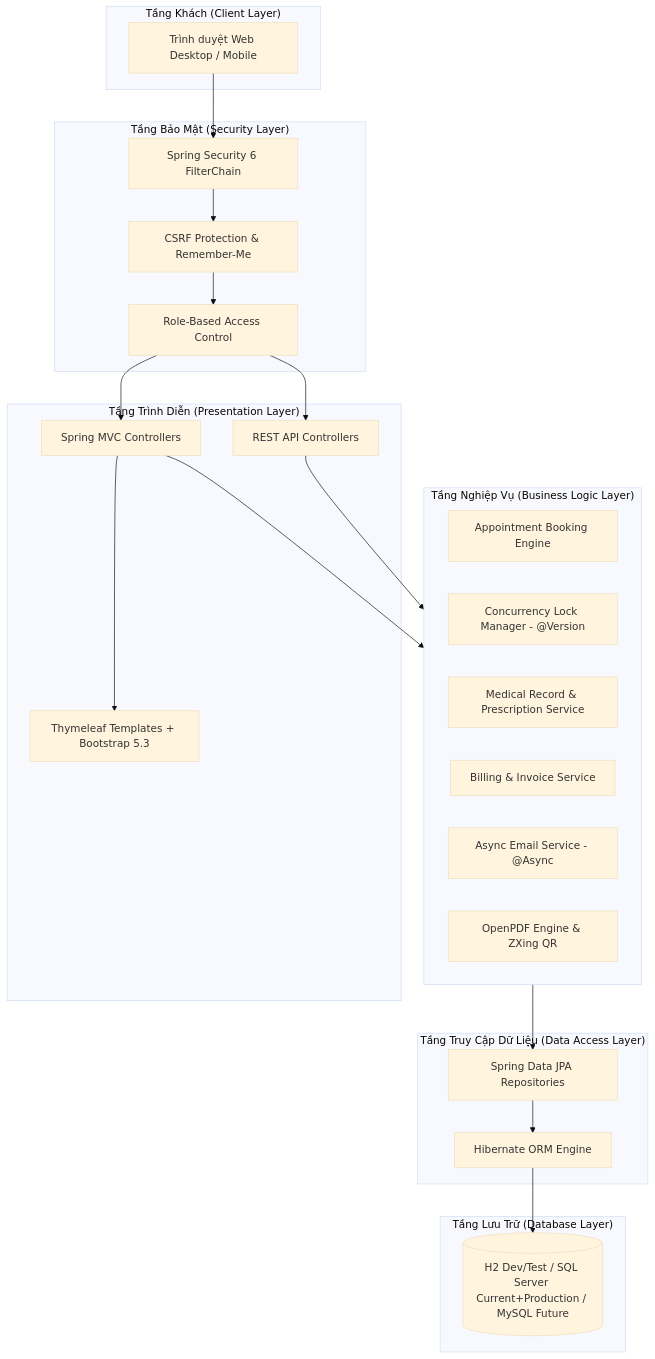
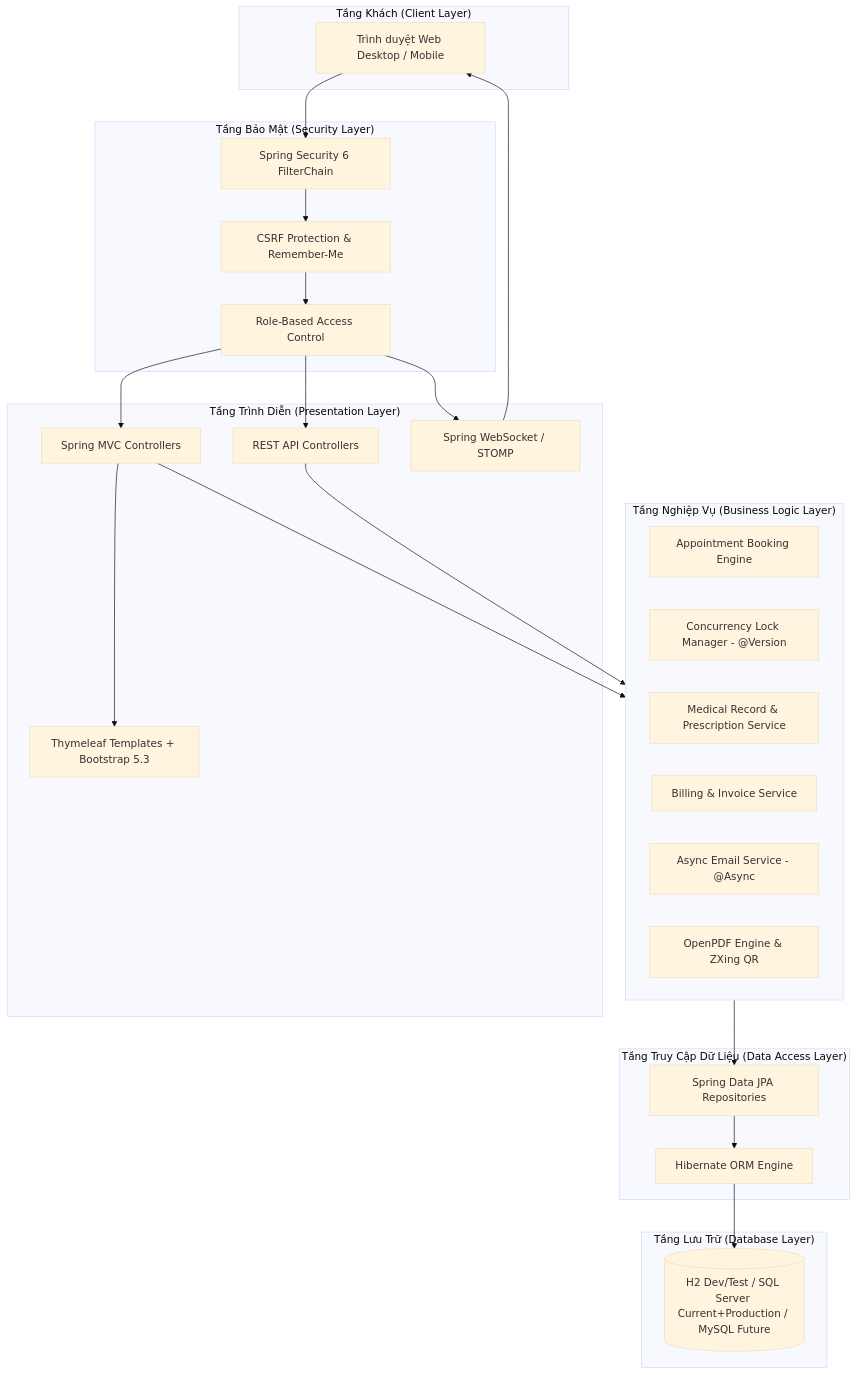
One commit to tranducanhyn99-prog/medclinic-system changed the diagram in docs/05_SYSTEM_ARCHITECTURE.md. Above: the diagram before and after it, drawn with Mermaid (base theme). The commit also changed other lines of this file and 22 other files, not shown here.

First line of the commit message:
feat: bổ sung hàng chờ bác sĩ realtime bằng WebSocket

````diff
--- a/docs/05_SYSTEM_ARCHITECTURE.md
+++ b/docs/05_SYSTEM_ARCHITECTURE.md
@@ -12,48 +12,51 @@
 ```mermaid
 graph TD
     subgraph Client ["Tầng Khách (Client Layer)"]
         Browser[Trình duyệt Web Desktop / Mobile]
     end
 
     subgraph Security ["Tầng Bảo Mật (Security Layer)"]
         Filter[Spring Security 6 FilterChain]
         CSRF[CSRF Protection & Remember-Me]
         RBAC[Role-Based Access Control]
     end
 
     subgraph Web ["Tầng Trình Diễn (Presentation Layer)"]
         Ctrl[Spring MVC Controllers]
         RestCtrl[REST API Controllers]
+        Realtime[Spring WebSocket / STOMP]
         Views[Thymeleaf Templates + Bootstrap 5.3]
     end
 
     subgraph Service ["Tầng Nghiệp Vụ (Business Logic Layer)"]
         AppSvc[Appointment Booking Engine]
         LockMgr[Concurrency Lock Manager - @Version]
         MedSvc[Medical Record & Prescription Service]
         InvSvc[Billing & Invoice Service]
         MailSvc[Async Email Service - @Async]
         PdfSvc[OpenPDF Engine & ZXing QR]
     end
 
     subgraph Data ["Tầng Truy Cập Dữ Liệu (Data Access Layer)"]
         JPA[Spring Data JPA Repositories]
         Hibernate[Hibernate ORM Engine]
     end
 
     subgraph Storage ["Tầng Lưu Trữ (Database Layer)"]
         DB[(H2 Dev/Test / SQL Server Current+Production / MySQL Future)]
     end
 
     Browser --> Filter
     Filter --> CSRF
     CSRF --> RBAC
     RBAC --> Ctrl
     RBAC --> RestCtrl
+    RBAC --> Realtime
+    Realtime --> Browser
     Ctrl --> Views
     Ctrl --> Service
     RestCtrl --> Service
     Service --> JPA
     JPA --> Hibernate
     Hibernate --> DB
 ```
````
